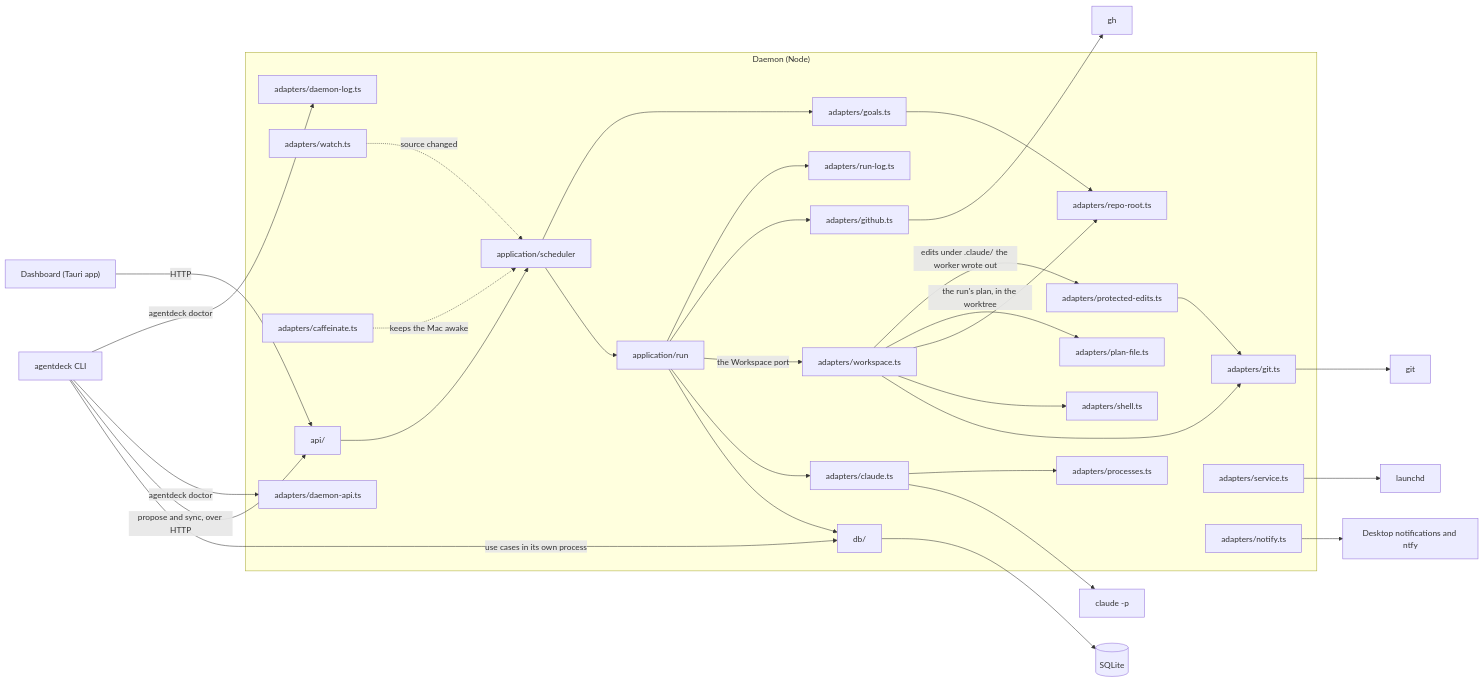
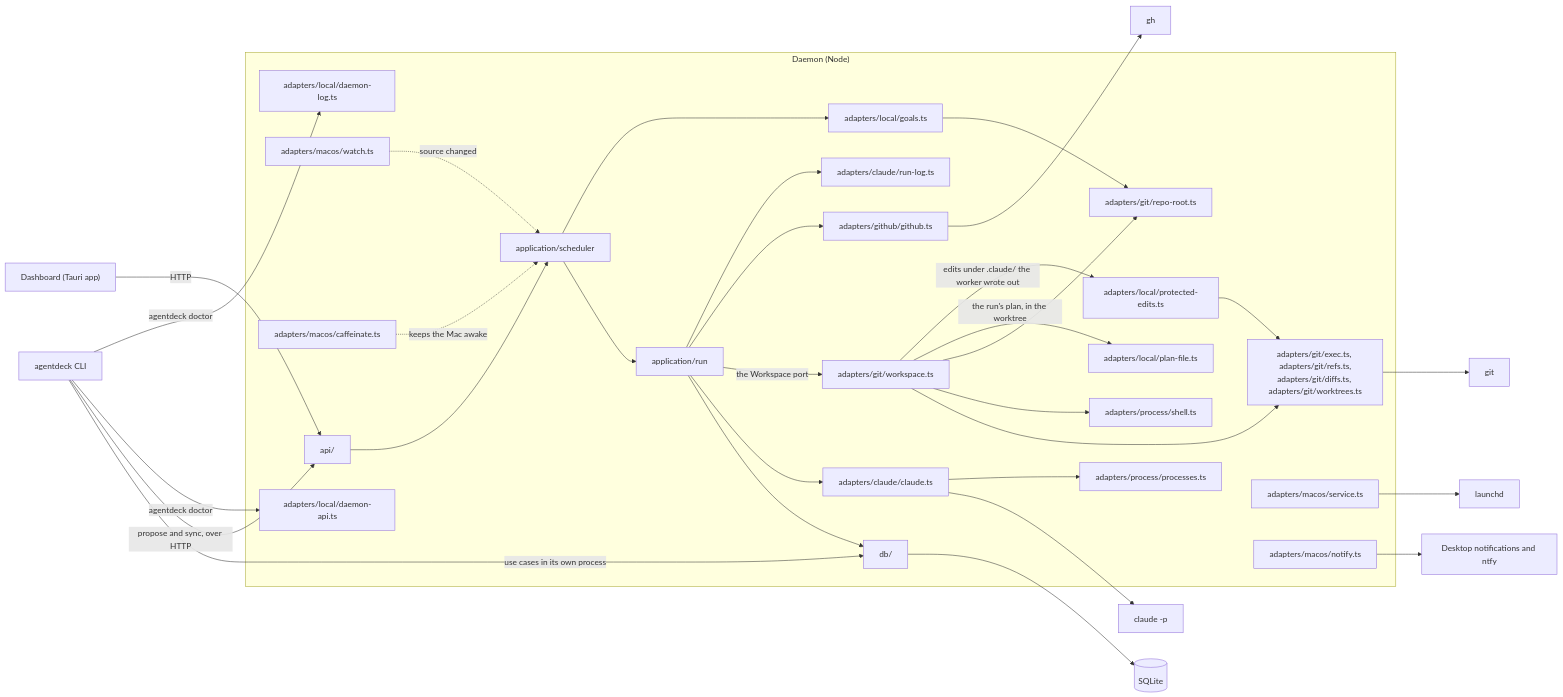
One commit to tomrobdev/agentdeck changed the second of 3 diagrams in docs/architecture.md. Above: the diagram before and after it, drawn with Mermaid. The commit also changed 68 other files, not shown here.

First line of the commit message:
Group adapters by the system they talk to, and split git.ts

````diff
--- a/docs/architecture.md
+++ b/docs/architecture.md
@@ -52,56 +52,56 @@
 ```mermaid
 flowchart LR
   dashboard["Dashboard (Tauri app)"]
   cli["agentdeck CLI"]
   subgraph daemon["Daemon (Node)"]
     api["api/"]
     scheduler["application/scheduler"]
     worker["application/run"]
     db["db/"]
-    claude["adapters/claude.ts"]
-    workspace["adapters/workspace.ts"]
-    git["adapters/git.ts"]
-    github["adapters/github.ts"]
-    service["adapters/service.ts"]
-    notify["adapters/notify.ts"]
-    processes["adapters/processes.ts"]
-    shell["adapters/shell.ts"]
-    runlog["adapters/run-log.ts"]
-    planfile["adapters/plan-file.ts"]
-    protectededits["adapters/protected-edits.ts"]
-    goals["adapters/goals.ts"]
-    reporoot["adapters/repo-root.ts"]
-    watch["adapters/watch.ts"]
-    caffeinate["adapters/caffeinate.ts"]
-    daemonapi["adapters/daemon-api.ts"]
-    daemonlog["adapters/daemon-log.ts"]
+    claude["adapters/claude/claude.ts"]
+    workspace["adapters/git/workspace.ts"]
+    git["adapters/git/exec.ts, adapters/git/refs.ts,<br/>adapters/git/diffs.ts, adapters/git/worktrees.ts"]
+    github["adapters/github/github.ts"]
+    service["adapters/macos/service.ts"]
+    notify["adapters/macos/notify.ts"]
+    processes["adapters/process/processes.ts"]
+    shell["adapters/process/shell.ts"]
+    runlog["adapters/claude/run-log.ts"]
+    planfile["adapters/local/plan-file.ts"]
+    protectededits["adapters/local/protected-edits.ts"]
+    goals["adapters/local/goals.ts"]
+    reporoot["adapters/git/repo-root.ts"]
+    watch["adapters/macos/watch.ts"]
+    caffeinate["adapters/macos/caffeinate.ts"]
+    daemonapi["adapters/local/daemon-api.ts"]
+    daemonlog["adapters/local/daemon-log.ts"]
   end
   sqlite[("SQLite")]
   claudecli["claude -p"]
   gitbin["git"]
   ghbin["gh"]
   launchd["launchd"]
   notifications["Desktop notifications and ntfy"]
   dashboard -- HTTP --> api
   cli -- "use cases in its own process" --> db
   cli -- "propose and sync, over HTTP" --> api
   api --> scheduler
   scheduler --> worker
   worker --> db
   db --> sqlite
   worker --> claude --> claudecli
   worker -- "the Workspace port" --> workspace --> git --> gitbin
   worker --> github --> ghbin
   workspace --> shell & reporoot
   claude --> processes
   worker --> runlog
   workspace -- "the run's plan, in the worktree" --> planfile
   workspace -- "edits under .claude/ the worker wrote out" --> protectededits --> git
   scheduler --> goals
   goals --> reporoot
   service --> launchd
   notify --> notifications
   watch -. "source changed" .-> scheduler
   caffeinate -. "keeps the Mac awake" .-> scheduler
   cli -- "agentdeck doctor" --> daemonapi & daemonlog
 ```
````
